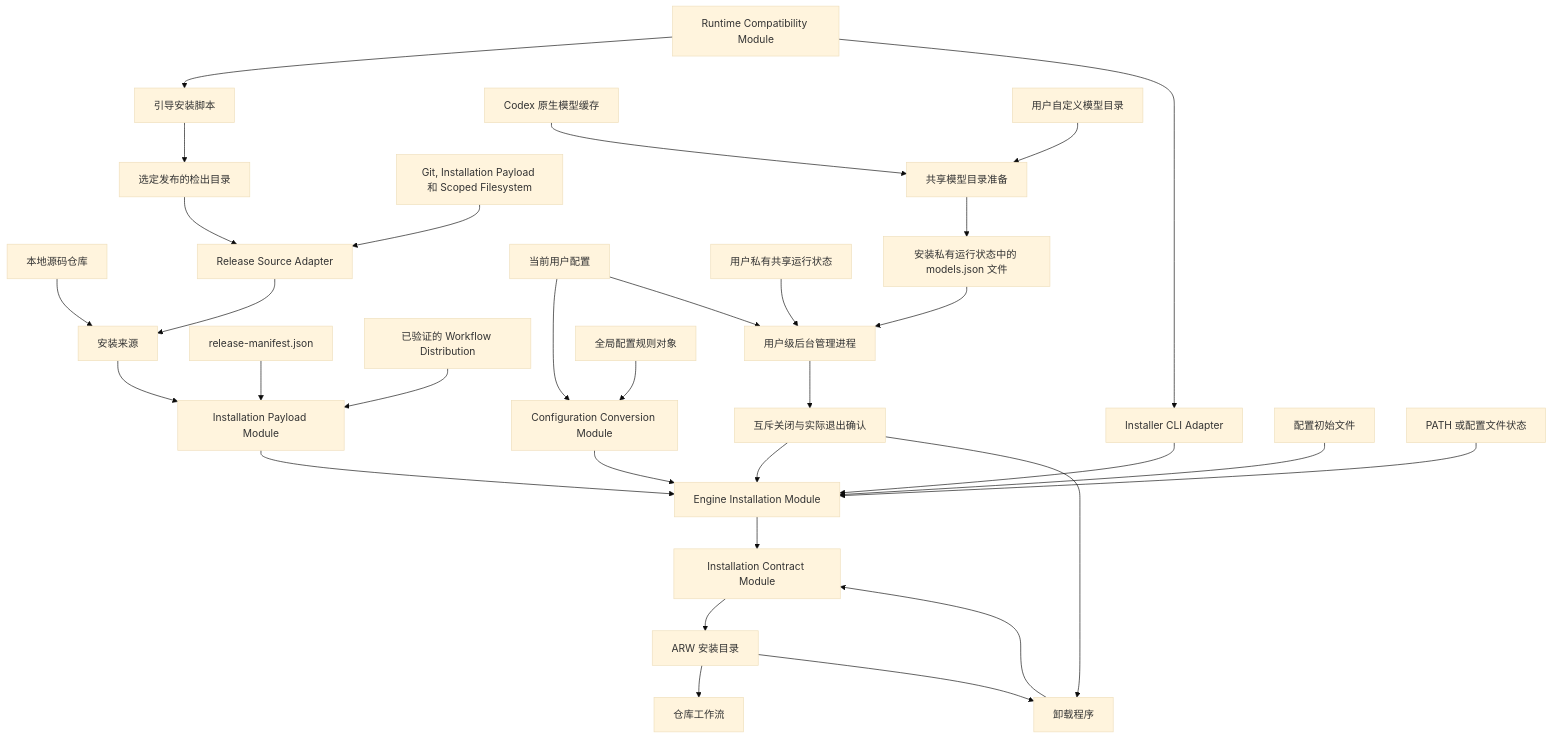
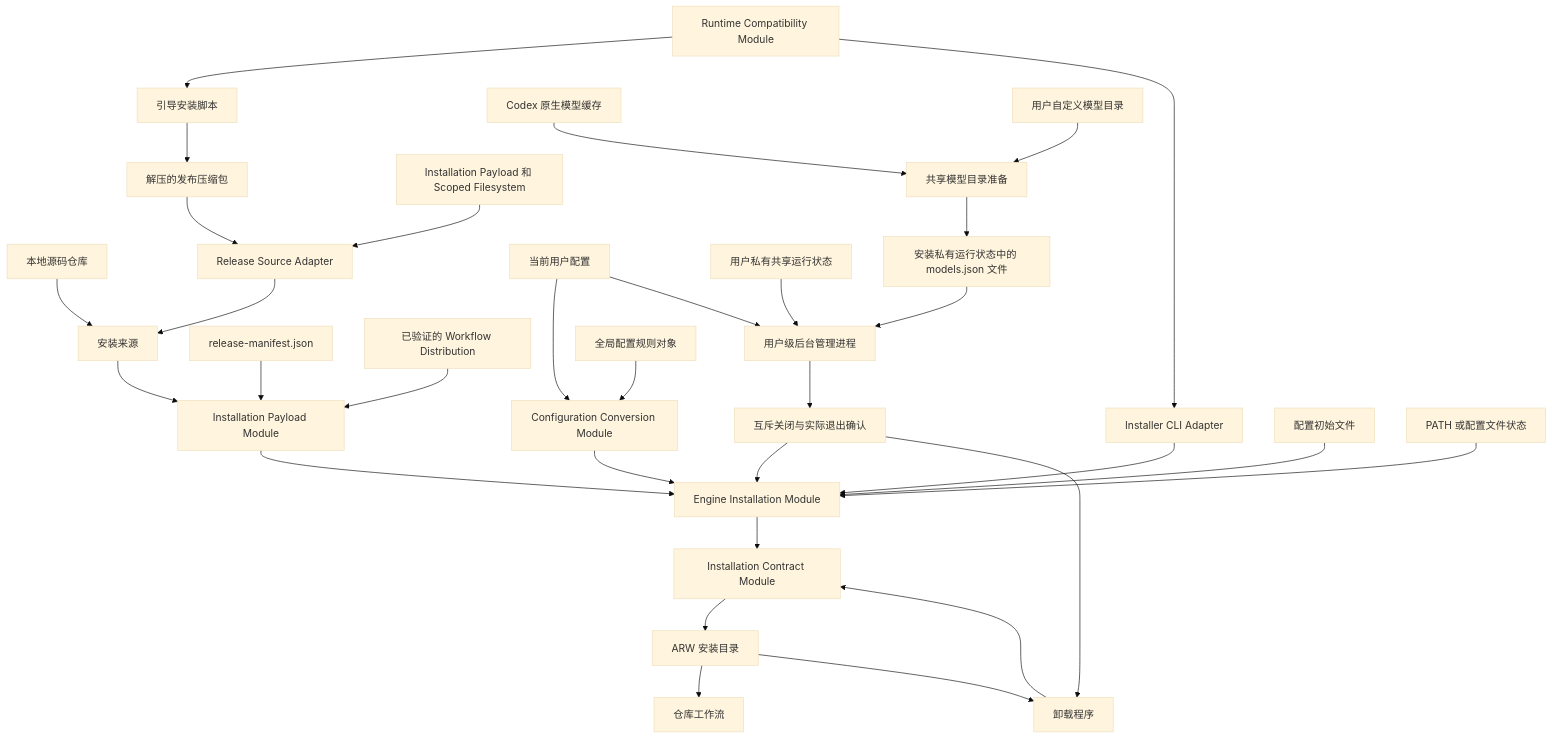
One commit to pellorao/agent-repository-workflow changed the diagram in docs/specs/agent-repository-workflow-installation/spec.md. Above: the diagram before and after it, drawn with Mermaid (base theme). The commit also changed other lines of this file and 24 other files, not shown here.

First line of the commit message:
feat: ticket 30 独立安装改为下载 release 压缩包, 删除 Git 拉取与 --release-commit

````diff
--- a/docs/specs/agent-repository-workflow-installation/spec.md
+++ b/docs/specs/agent-repository-workflow-installation/spec.md
@@ -425,34 +426,34 @@
 ```mermaid
 flowchart TD
-  Bootstrap[引导安装脚本] --> Checkout[选定发布的检出目录]
+  Bootstrap[引导安装脚本] --> Checkout[解压的发布压缩包]
   Runtime[Runtime Compatibility Module] --> Bootstrap
   Runtime --> Installer[Installer CLI Adapter]
   Installer --> Install
   Local[本地源码仓库] --> Source[安装来源]
   Checkout --> ReleaseSource[Release Source Adapter]
   ReleaseSource --> Source
-  ReleaseDependencies[Git, Installation Payload 和 Scoped Filesystem] --> ReleaseSource
+  ReleaseDependencies[Installation Payload 和 Scoped Filesystem] --> ReleaseSource
   Manifest[release-manifest.json] --> Payload[Installation Payload Module]
   Distribution[已验证的 Workflow Distribution] --> Payload
   Source --> Payload
   Payload --> Install[Engine Installation Module]
   CurrentConfig[当前用户配置] --> Conversion[Configuration Conversion Module]
   CurrentConfig --> BackgroundManager[用户级后台管理进程]
   SharedState[用户私有共享运行状态] --> BackgroundManager
   NativeCatalog[Codex 原生模型缓存] --> SharedCatalog[共享模型目录准备]
   CustomCatalog[用户自定义模型目录] --> SharedCatalog
   SharedCatalog --> GeneratedCatalog[安装私有运行状态中的 models.json 文件]
   GeneratedCatalog --> BackgroundManager
   BackgroundManager --> Quiet[互斥关闭与实际退出确认]
   Quiet --> Install
   Quiet --> Uninstall
   ConfigRules[全局配置规则对象] --> Conversion
   Conversion --> Install
   ConfigSeed[配置初始文件] --> Install
   PathState[PATH 或配置文件状态] --> Install
   Install --> Contract[Installation Contract Module]
   Contract --> Installed[ARW 安装目录]
   Installed --> RepositoryWorkflow[仓库工作流]
   Installed --> Uninstall[卸载程序]
   Uninstall --> Contract
 ```
````
